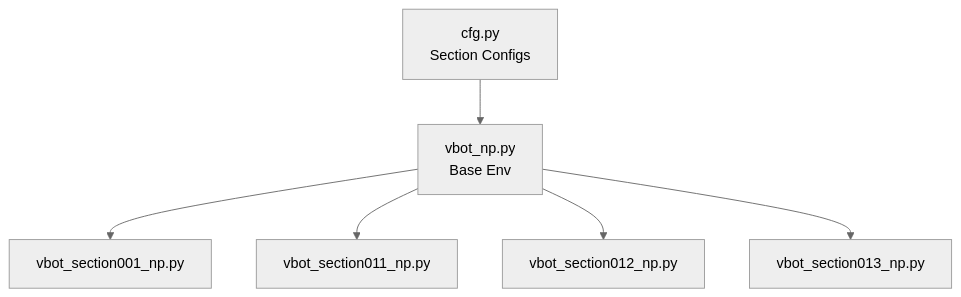
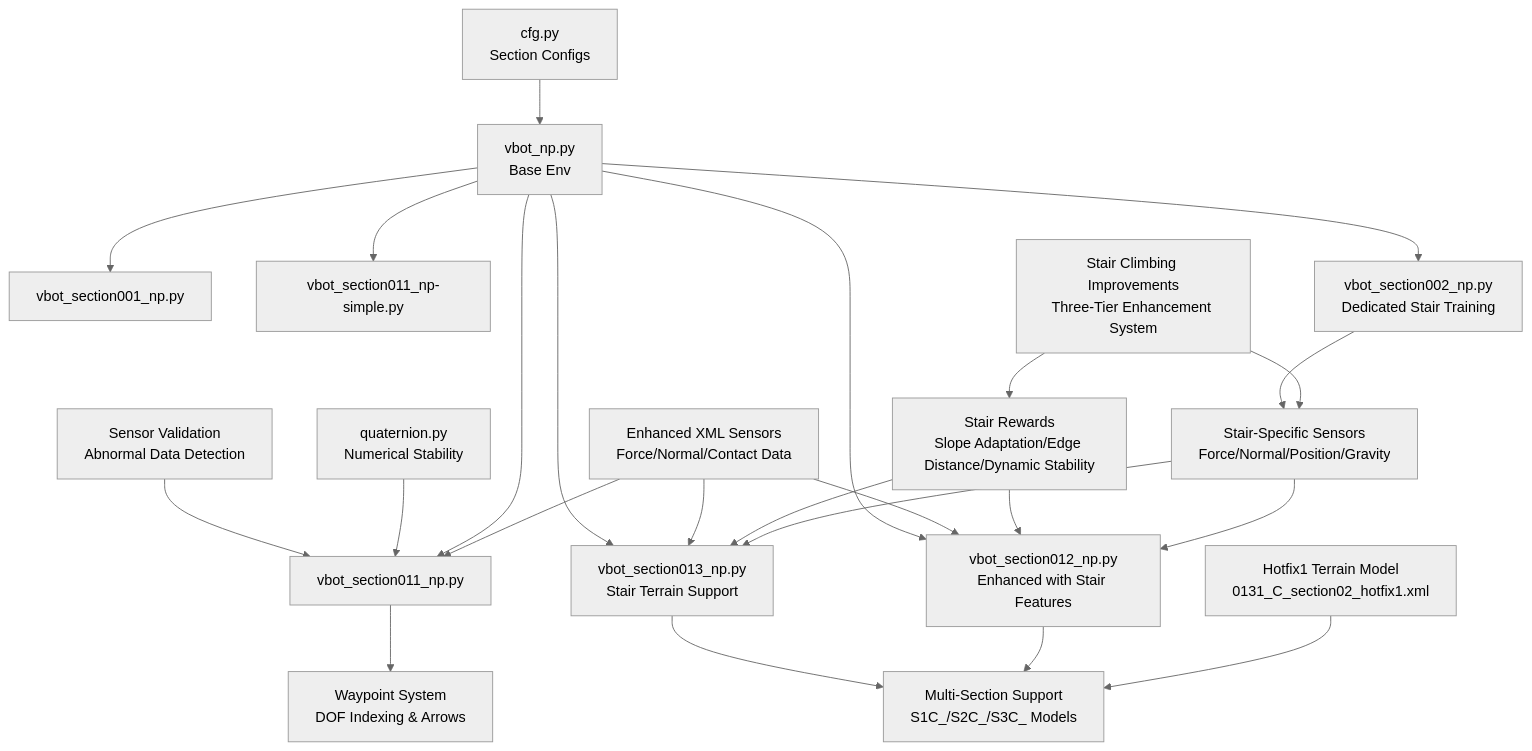
One commit to jayjayhust/MotrixLab changed diagram 11 of 11 in .qoder/repowiki/en/content/Navigation Environments/VBot Navigation/Track Sections.md. Above: the diagram before and after it, drawn with Mermaid (neutral theme). The commit also changed other lines of this file and 15 other files, not shown here.

````diff
--- a/.qoder/repowiki/en/content/Navigation Environments/VBot Navigation/Track Sections.md
+++ b/.qoder/repowiki/en/content/Navigation Environments/VBot Navigation/Track Sections.md
@@ -316,14 +618,43 @@
 ```mermaid
 graph TB
 Cfg["cfg.py<br/>Section Configs"]
 Base["vbot_np.py<br/>Base Env"]
 Sec001["vbot_section001_np.py"]
 Sec011["vbot_section011_np.py"]
-Sec012["vbot_section012_np.py"]
-Sec013["vbot_section013_np.py"]
+Sec011Simple["vbot_section011_np-simple.py"]
+Sec012["vbot_section012_np.py<br/>Enhanced with Stair Features"]
+Sec013["vbot_section013_np.py<br/>Stair Terrain Support"]
+Sec002["vbot_section002_np.py<br/>Dedicated Stair Training"]
+Quaternion["quaternion.py<br/>Numerical Stability"]
+SensorValidation["Sensor Validation<br/>Abnormal Data Detection"]
+WaypointSystem["Waypoint System<br/>DOF Indexing & Arrows"]
+MultiSection["Multi-Section Support<br/>S1C_/S2C_/S3C_ Models"]
+Hotfix1["Hotfix1 Terrain Model<br/>0131_C_section02_hotfix1.xml"]
+StairSensors["Stair-Specific Sensors<br/>Force/Normal/Position/Gravity"]
+StairRewards["Stair Rewards<br/>Slope Adaptation/Edge Distance/Dynamic Stability"]
+Improvements["Stair Climbing Improvements<br/>Three-Tier Enhancement System"]
+XMLSensors["Enhanced XML Sensors<br/>Force/Normal/Contact Data"]
+Hotfix1 --> MultiSection
+StairSensors --> Sec012
+StairSensors --> Sec013
+StairRewards --> Sec012
+StairRewards --> Sec013
+Improvements --> StairSensors
+Improvements --> StairRewards
+XMLSensors --> Sec011
+XMLSensors --> Sec012
+XMLSensors --> Sec013
 Cfg --> Base
 Base --> Sec001
 Base --> Sec011
+Base --> Sec011Simple
 Base --> Sec012
 Base --> Sec013
+Base --> Sec002
+Quaternion --> Sec011
+SensorValidation --> Sec011
+Sec011 --> WaypointSystem
+Sec012 --> MultiSection
+Sec013 --> MultiSection
+Sec002 --> StairSensors
 ```
````
